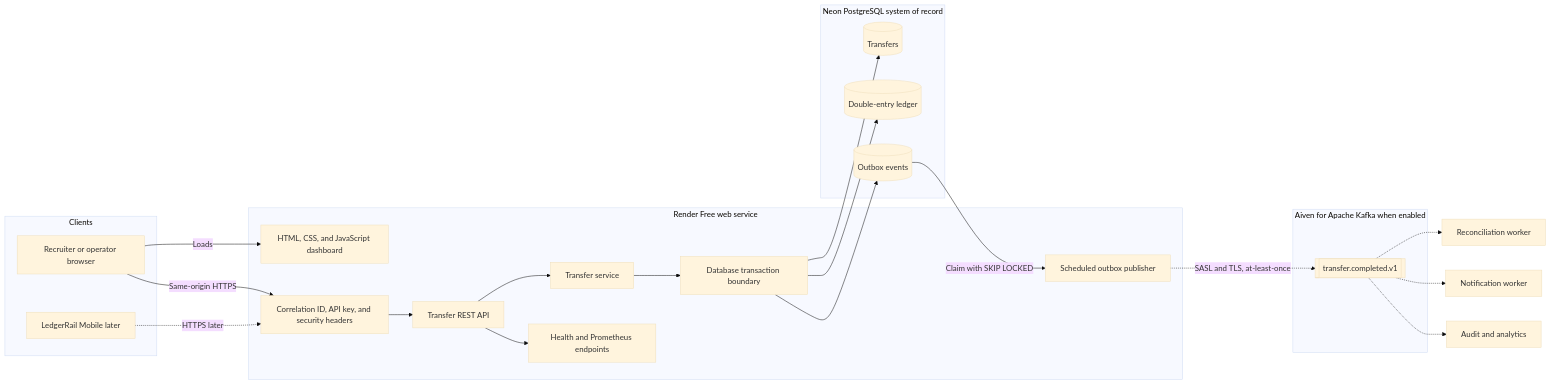
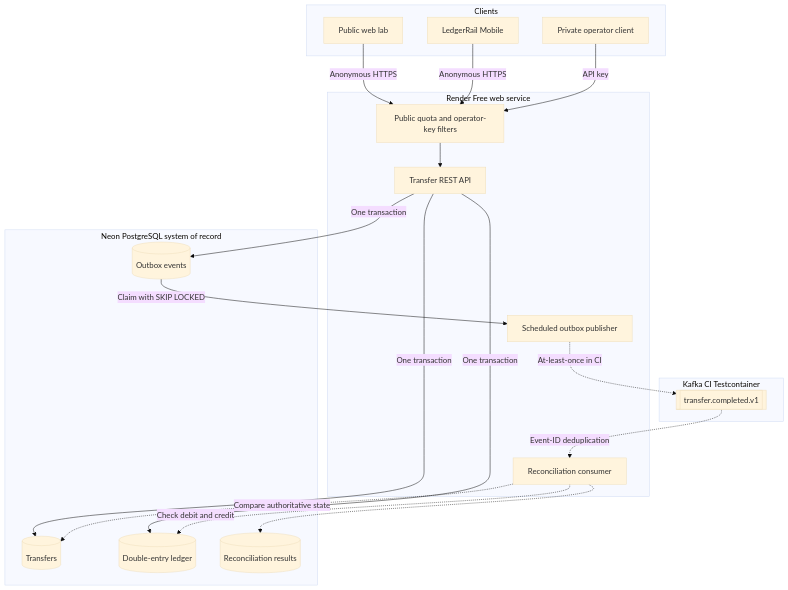
Before and after one commit to oranegonzales/ledgerrail-core: the diagram in README.md, drawn with Mermaid (base theme). The commit also changed other lines of this file and 36 other files, not shown here.

Commit message:
Add public demo access and reconciliation

````diff
--- a/README.md
+++ b/README.md
@@ -41,43 +45,40 @@
 ```mermaid
-flowchart LR
+flowchart TD
     subgraph Clients
-        Browser[Recruiter or operator browser]
-        Android[LedgerRail Mobile later]
+        Browser[Public web lab]
+        Android[LedgerRail Mobile]
+        Operator[Private operator client]
     end
 
     subgraph Render[Render Free web service]
-        Assets[HTML, CSS, and JavaScript dashboard]
-        Filters[Correlation ID, API key, and security headers]
+        Filters[Public quota and operator-key filters]
         API[Transfer REST API]
-        Service[Transfer service]
-        Transaction[Database transaction boundary]
         Publisher[Scheduled outbox publisher]
-        Operations[Health and Prometheus endpoints]
+        Consumer[Reconciliation consumer]
     end
 
     subgraph Neon[Neon PostgreSQL system of record]
         Transfers[(Transfers)]
         Ledger[(Double-entry ledger)]
         Outbox[(Outbox events)]
+        Results[(Reconciliation results)]
     end
 
-    subgraph Aiven[Aiven for Apache Kafka when enabled]
+    subgraph Kafka[Kafka CI Testcontainer]
         Topic[[transfer.completed.v1]]
     end
 
-    Browser -->|Loads| Assets
-    Browser -->|Same-origin HTTPS| Filters
-    Android -.->|HTTPS later| Filters
+    Browser -->|Anonymous HTTPS| Filters
+    Android -->|Anonymous HTTPS| Filters
+    Operator -->|API key| Filters
     Filters --> API
-    API --> Service
-    API --> Operations
-    Service --> Transaction
-    Transaction --> Transfers
-    Transaction --> Ledger
-    Transaction --> Outbox
+    API -->|One transaction| Transfers
+    API -->|One transaction| Ledger
+    API -->|One transaction| Outbox
     Outbox -->|Claim with SKIP LOCKED| Publisher
-    Publisher -.->|SASL and TLS, at-least-once| Topic
-    Topic -.-> Reconciliation[Reconciliation worker]
-    Topic -.-> Notifications[Notification worker]
-    Topic -.-> Audit[Audit and analytics]
+    Publisher -.->|At-least-once in CI| Topic
+    Topic -.->|Event-ID deduplication| Consumer
+    Consumer -.->|Compare authoritative state| Transfers
+    Consumer -.->|Check debit and credit| Ledger
+    Consumer -.-> Results
 ```
````
